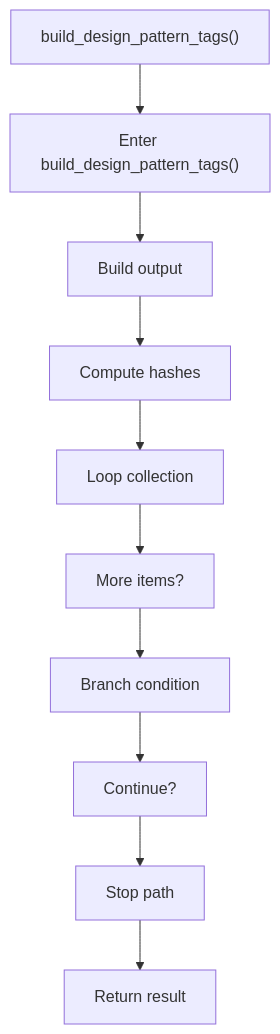
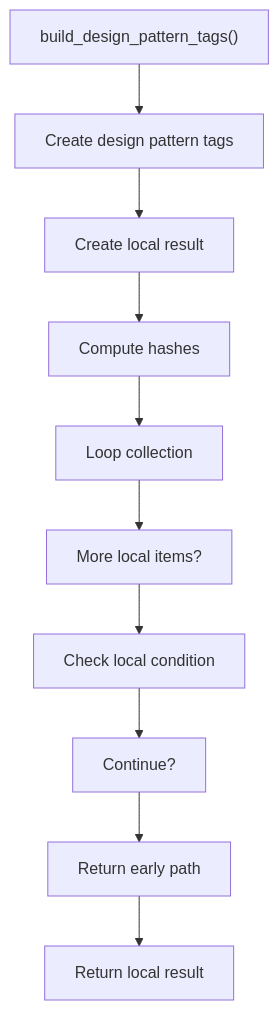
The first of 2 diagrams in docs/Codebase/Microservice/Modules/Source/OutputGeneration/DocumentationTagger/build_design_pattern_tags.cpp.md (JohnAndrewBalbarosa/NeoTerritory), drawn with Mermaid before and after one commit. The commit also changed other lines of this file and 915 other files, not shown here.

````diff
--- a/docs/Codebase/Microservice/Modules/Source/OutputGeneration/DocumentationTagger/build_design_pattern_tags.cpp.md
+++ b/docs/Codebase/Microservice/Modules/Source/OutputGeneration/DocumentationTagger/build_design_pattern_tags.cpp.md
@@ -26,22 +26,22 @@
 ```mermaid
 flowchart TD
     N0["build_design_pattern_tags()"]
-    N1["Enter build_design_pattern_tags()"]
-    N2["Build output"]
+    N1["Create design pattern tags"]
+    N2["Create local result"]
     N3["Compute hashes"]
     N4["Loop collection"]
-    N5["More items?"]
-    N6["Branch condition"]
+    N5["More local items?"]
+    N6["Check local condition"]
     N7["Continue?"]
-    N8["Stop path"]
-    N9["Return result"]
+    N8["Return early path"]
+    N9["Return local result"]
     N0 --> N1
     N1 --> N2
     N2 --> N3
     N3 --> N4
     N4 --> N5
     N5 --> N6
     N6 --> N7
     N7 --> N8
     N8 --> N9
 ```
````
